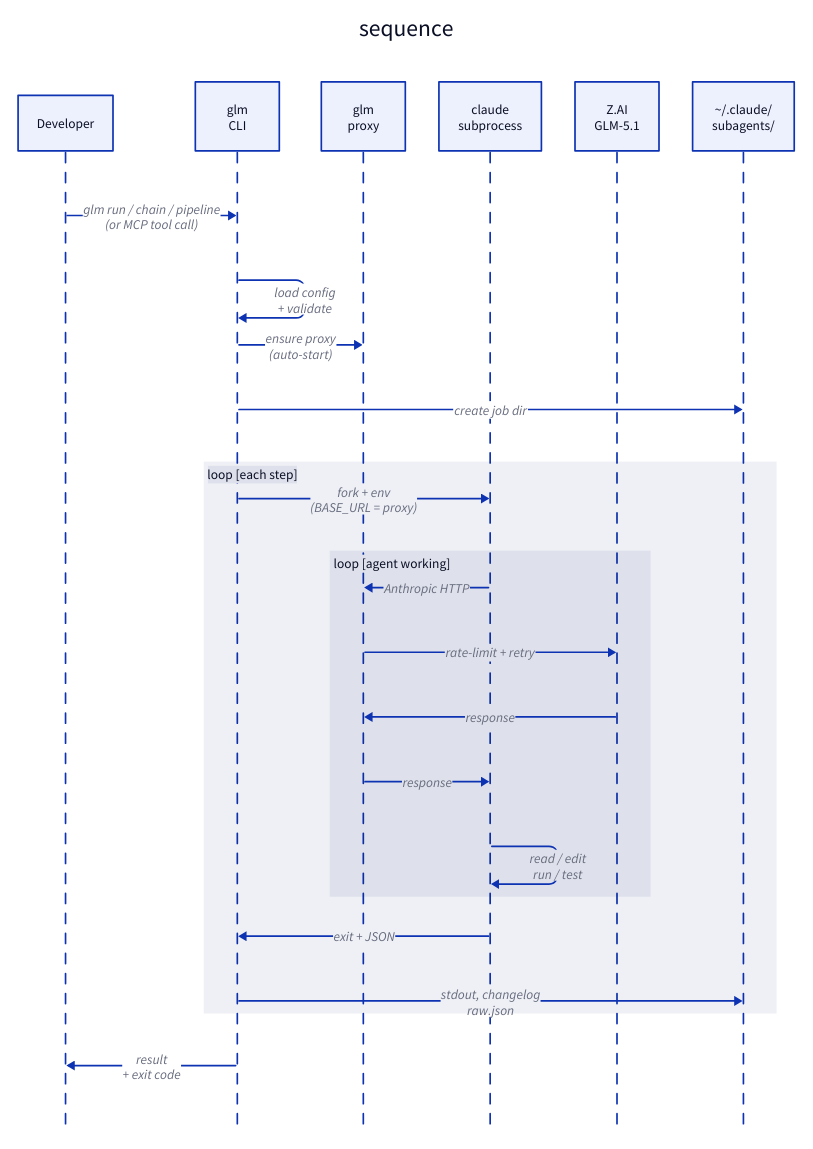
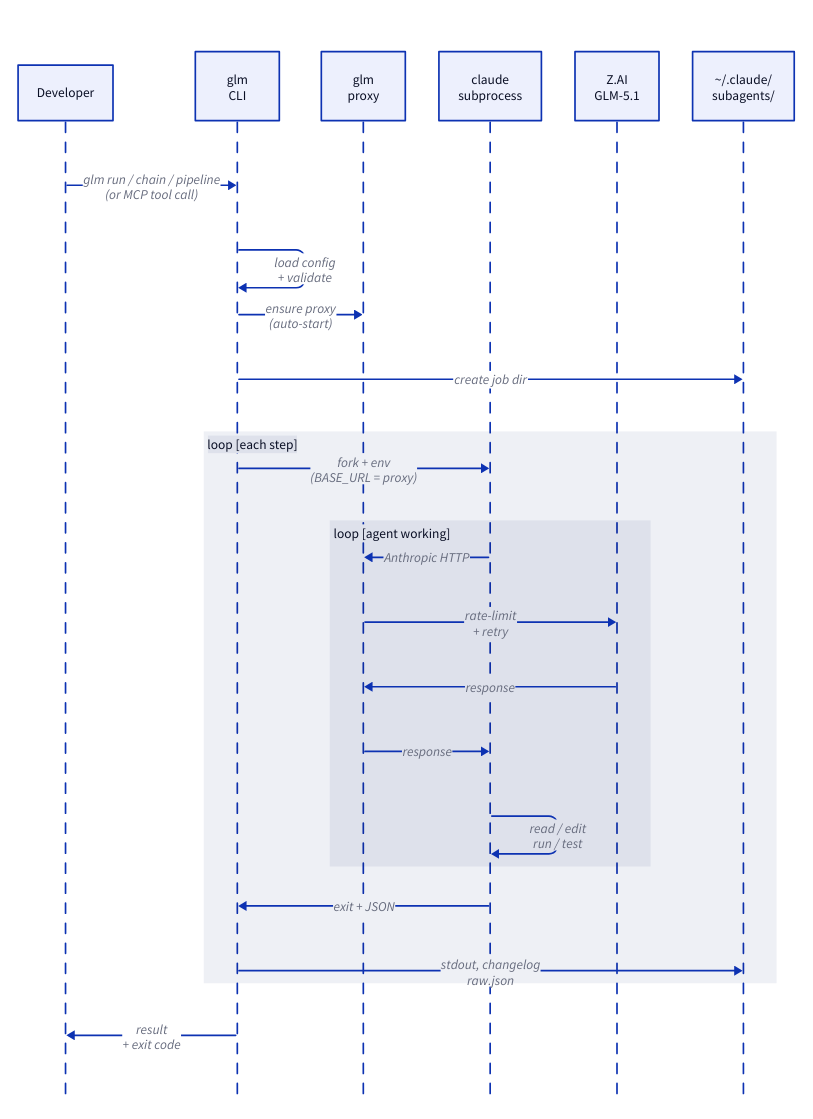
Before and after one commit to BYDLOKOD/GoLeM: the diagram in docs/architecture.d2, drawn with D2. The commit also changed 2 other files, not shown here.

Commit message:
docs: re-render architecture diagram through the styled D2 server
The previous SVG was produced with the bare `d2` CLI, which skips the
custom prefix-based style injection. Re-rendered through the local D2
server (localhost:3333) so the diagram matches the project's other
diagrams. Also fixed an invalid node prefix: the proxy was `px_proxy`
(no matching style class, rendered flat) and is now `ops_proxy`; the
claude subprocess moved from `j_` (JVM orange) to `ex_` (external grey),
which is what it actually is — a third-party Anthropic binary. Dropped
the stray "sequence" container title. Bumped the README cache-bust to v6.

```diff
--- a/docs/architecture.d2
+++ b/docs/architecture.d2
@@ -1,37 +1,39 @@
-sequence: {
+direction: down
+
+sequence: "" {
   shape: sequence_diagram
 
   dev_user: Developer
   ops_glm: "glm\nCLI"
-  px_proxy: "glm\nproxy"
-  j_claude: "claude\nsubprocess"
+  ops_proxy: "glm\nproxy"
+  ex_claude: "claude\nsubprocess"
   ex_zai: "Z.AI\nGLM-5.1"
   db_state: "~/.claude/\nsubagents/"
 
   dev_user -> ops_glm: "glm run / chain / pipeline\n(or MCP tool call)"
 
   ops_glm -> ops_glm: "load config\n+ validate"
-  ops_glm -> px_proxy: "ensure proxy\n(auto-start)"
+  ops_glm -> ops_proxy: "ensure proxy\n(auto-start)"
   ops_glm -> db_state: "create job dir"
 
   agents: {
     label: "loop [each step]"
 
-    ops_glm -> j_claude: "fork + env\n(BASE_URL = proxy)"
+    ops_glm -> ex_claude: "fork + env\n(BASE_URL = proxy)"
 
     work: {
       label: "loop [agent working]"
 
-      j_claude -> px_proxy: "Anthropic HTTP"
-      px_proxy -> ex_zai: "rate-limit + retry"
-      ex_zai -> px_proxy: response
-      px_proxy -> j_claude: response
-      j_claude -> j_claude: "read / edit\nrun / test"
+      ex_claude -> ops_proxy: "Anthropic HTTP"
+      ops_proxy -> ex_zai: "rate-limit\n+ retry"
+      ex_zai -> ops_proxy: response
+      ops_proxy -> ex_claude: response
+      ex_claude -> ex_claude: "read / edit\nrun / test"
     }
 
-    j_claude -> ops_glm: "exit + JSON"
+    ex_claude -> ops_glm: "exit + JSON"
     ops_glm -> db_state: "stdout, changelog\nraw.json"
   }
 
   ops_glm -> dev_user: "result\n+ exit code"
 }
```
